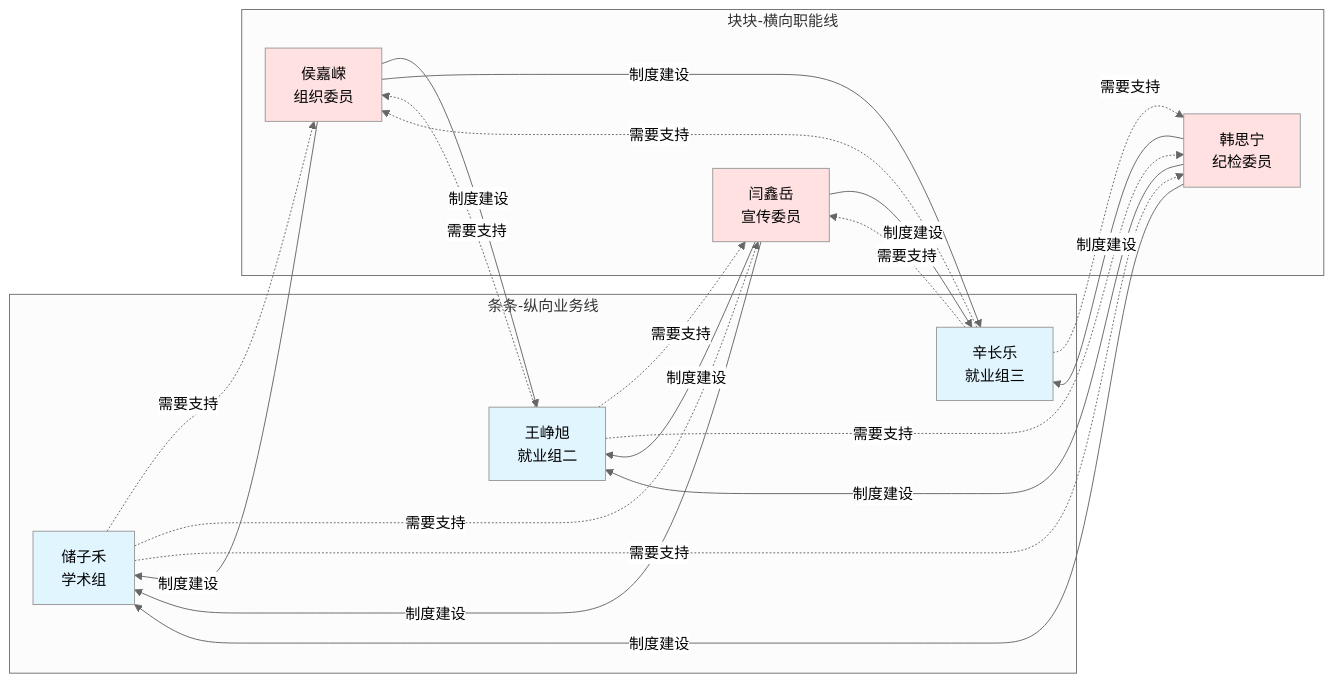
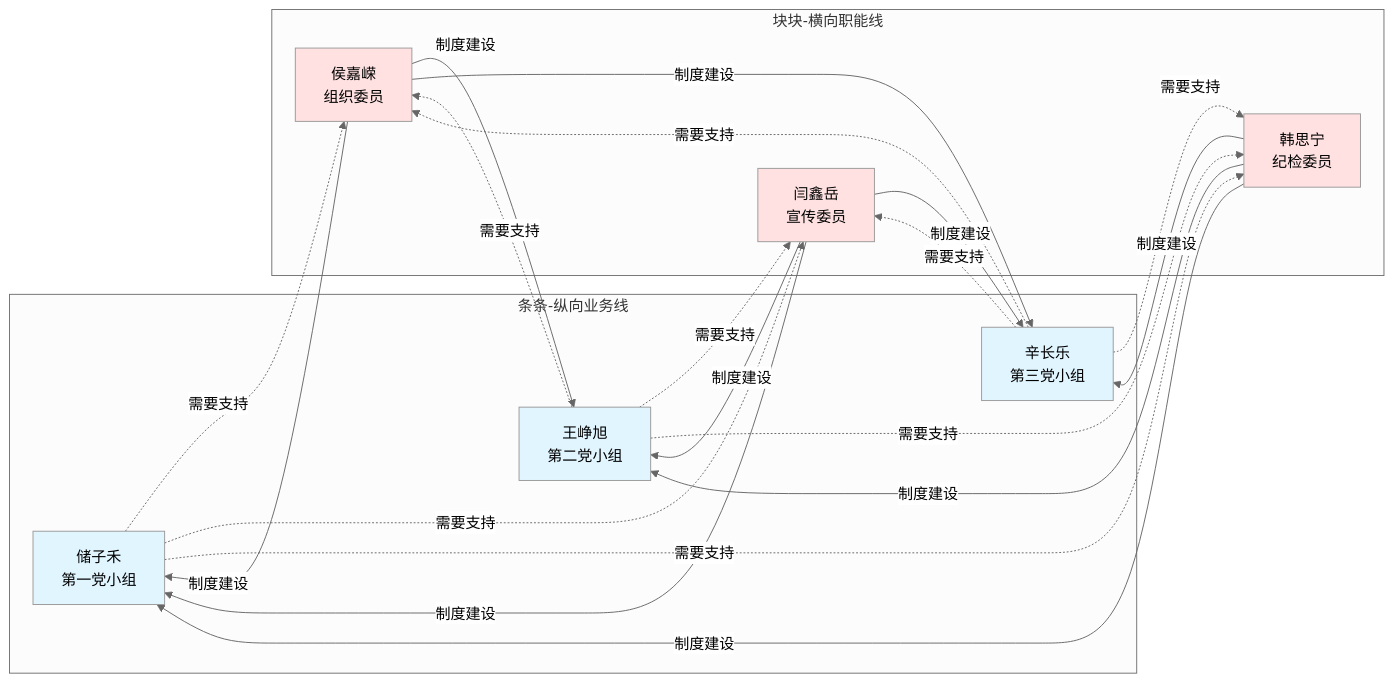
One commit to czhgo/GSM1921-SOP changed the second of 9 diagrams in 工作流程图-定人定责定岗.md. Above: the diagram before and after it, drawn with Mermaid (neutral theme). The commit also changed other lines of this file and 3 other files, not shown here.

Commit message:
Rename party groups: 学术组→第一党小组, 就业组二→第二党小组, 就业组三→第三党小组

````diff
--- a/工作流程图-定人定责定岗.md
+++ b/工作流程图-定人定责定岗.md
@@ -70,45 +70,45 @@
 ```mermaid
 graph LR
     subgraph 条条-纵向业务线
-        A1[储子禾<br/>学术组]
-        A2[王峥旭<br/>就业组二]
-        A3[辛长乐<br/>就业组三]
+        A1[储子禾<br/>第一党小组]
+        A2[王峥旭<br/>第二党小组]
+        A3[辛长乐<br/>第三党小组]
     end
     
     subgraph 块块-横向职能线
         B1[侯嘉嵘<br/>组织委员]
         B2[闫鑫岳<br/>宣传委员]
         B3[韩思宁<br/>纪检委员]
     end
     
     A1 -.需要支持.-> B1
     A1 -.需要支持.-> B2
     A1 -.需要支持.-> B3
     
     A2 -.需要支持.-> B1
     A2 -.需要支持.-> B2
     A2 -.需要支持.-> B3
     
     A3 -.需要支持.-> B1
     A3 -.需要支持.-> B2
     A3 -.需要支持.-> B3
     
     B1 -->|制度建设| A1
     B1 -->|制度建设| A2
     B1 -->|制度建设| A3
     
     B2 -->|制度建设| A1
     B2 -->|制度建设| A2
     B2 -->|制度建设| A3
     
     B3 -->|制度建设| A1
     B3 -->|制度建设| A2
     B3 -->|制度建设| A3
     
     style A1 fill:#e1f5ff
     style A2 fill:#e1f5ff
     style A3 fill:#e1f5ff
     style B1 fill:#ffe1e1
     style B2 fill:#ffe1e1
     style B3 fill:#ffe1e1
 ```
````
